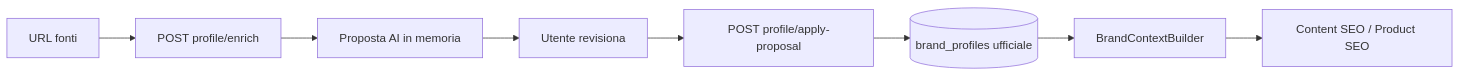
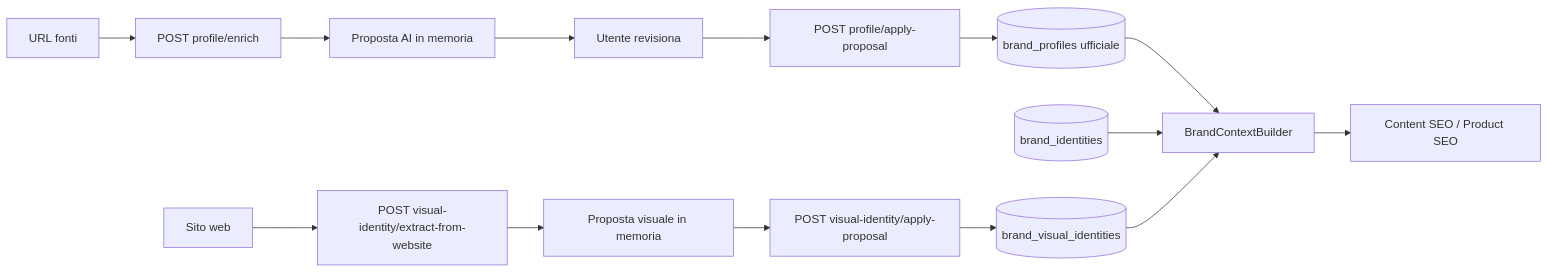
One commit to Rccard92/growth-control-room changed the diagram in docs/brand-intelligence.md. Above: the diagram before and after it, drawn with Mermaid. The commit also changed other lines of this file and 32 other files, not shown here.

Commit message:
Add modular Brand Identity and Visual Identity

````diff
--- a/docs/brand-intelligence.md
+++ b/docs/brand-intelligence.md
@@ -14,10 +16,16 @@
 ```mermaid
 flowchart LR
   Fonti[URL fonti] --> Enrich[POST profile/enrich]
   Enrich --> Preview[Proposta AI in memoria]
   Preview --> Review[Utente revisiona]
   Review --> Apply[POST profile/apply-proposal]
   Apply --> Official[(brand_profiles ufficiale)]
+  Sito[Sito web] --> VExtract[POST visual-identity/extract-from-website]
+  VExtract --> VPreview[Proposta visuale in memoria]
+  VPreview --> VApply[POST visual-identity/apply-proposal]
+  VApply --> VisualDB[(brand_visual_identities)]
   Official --> CTX[BrandContextBuilder]
+  IdentityDB[(brand_identities)] --> CTX
+  VisualDB --> CTX
   CTX --> SEO[Content SEO / Product SEO]
 ```
````
